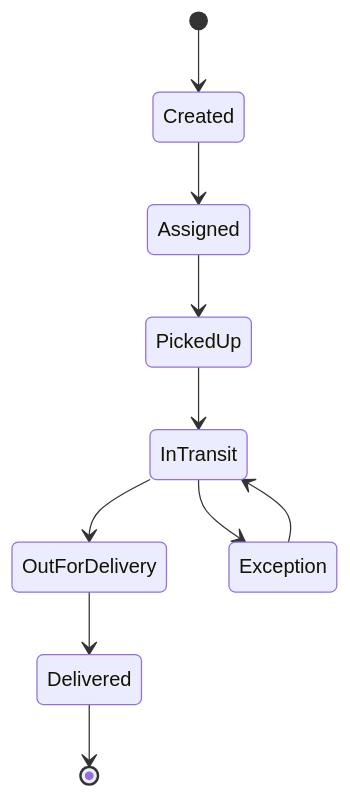
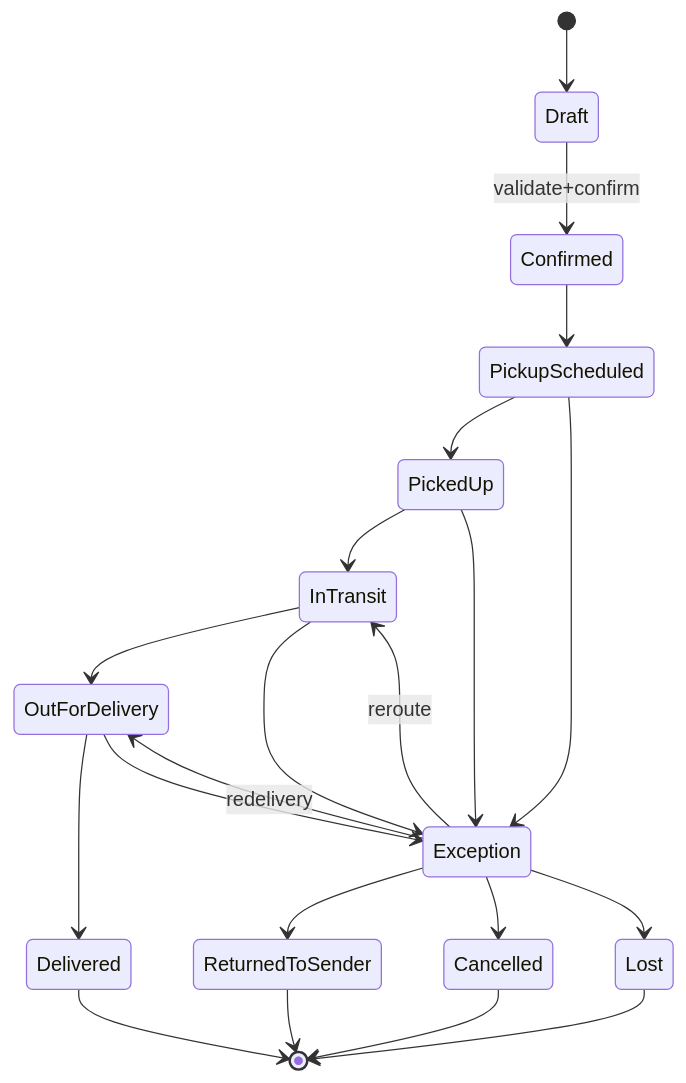
One commit to 0Ankit0/Project-Ideas changed the diagram in Logistics Tracking System/detailed-design/state-machine-diagram.md. Above: the diagram before and after it, drawn with Mermaid. The commit also changed other lines of this file and 36 other files, not shown here.

Commit message:
Deepen logistics docs with implementation-ready diagrams and operations guidance

````diff
--- a/Logistics Tracking System/detailed-design/state-machine-diagram.md
+++ b/Logistics Tracking System/detailed-design/state-machine-diagram.md
@@ -3,12 +3,23 @@
 ```mermaid
 stateDiagram-v2
-  [*] --> Created
-  Created --> Assigned
-  Assigned --> PickedUp
+  [*] --> Draft
+  Draft --> Confirmed : validate+confirm
+  Confirmed --> PickupScheduled
+  PickupScheduled --> PickedUp
   PickedUp --> InTransit
   InTransit --> OutForDelivery
   OutForDelivery --> Delivered
+  PickupScheduled --> Exception
+  PickedUp --> Exception
   InTransit --> Exception
-  Exception --> InTransit
+  OutForDelivery --> Exception
+  Exception --> InTransit : reroute
+  Exception --> OutForDelivery : redelivery
+  Exception --> ReturnedToSender
+  Exception --> Cancelled
+  Exception --> Lost
   Delivered --> [*]
+  ReturnedToSender --> [*]
+  Cancelled --> [*]
+  Lost --> [*]
 ```
````
